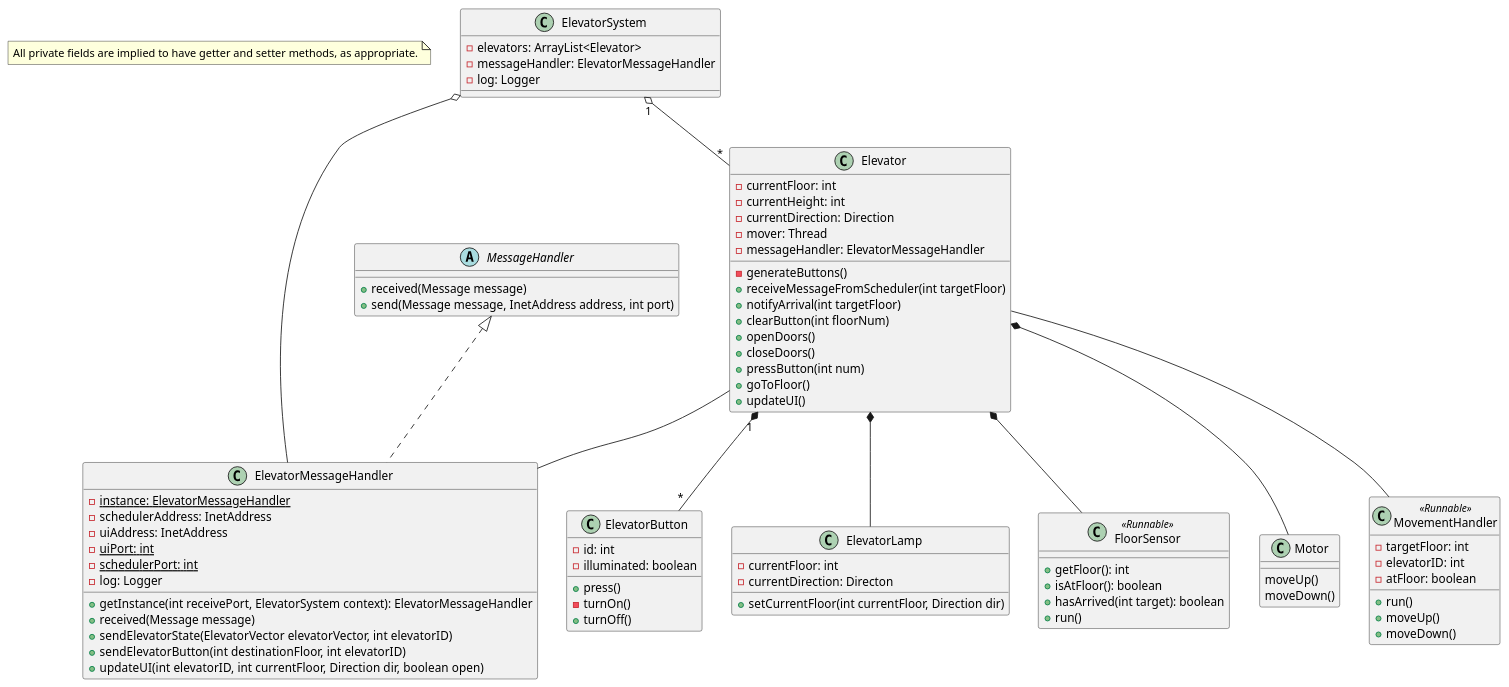
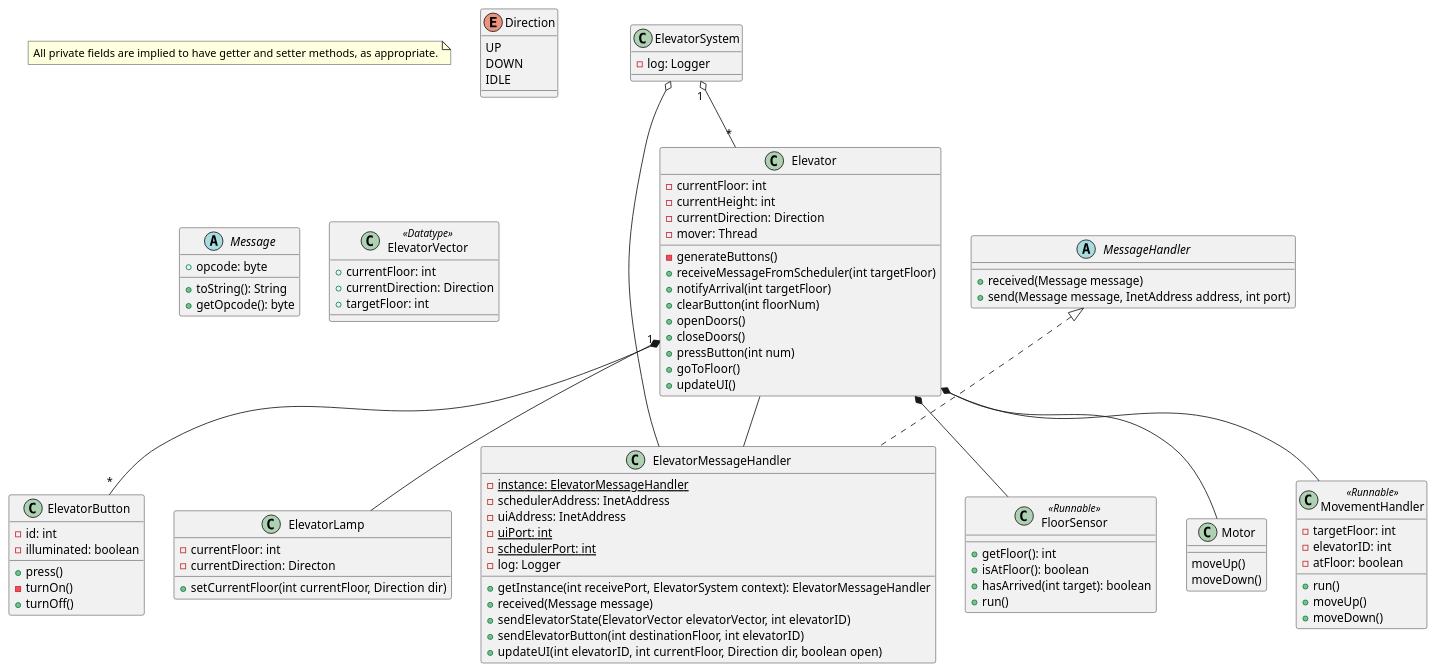
Before and after one commit to JoshuaSFryer/3303-L4G5: the diagram in doc/diagrams/ClassDiagrams/ElevatorClassDiagram.puml, drawn with PlantUML. The commit also changed 9 other files, not shown here.

Commit message:
Create class diagram for communications protocol

```diff
--- a/doc/diagrams/ClassDiagrams/ElevatorClassDiagram.puml
+++ b/doc/diagrams/ClassDiagrams/ElevatorClassDiagram.puml
@@ -1,99 +1,115 @@
 @startuml
 
 note "All private fields are implied to have getter and setter methods, as appropriate." as N1
 
 class ElevatorSystem {
-    -elevators: ArrayList<Elevator>
-    -messageHandler: ElevatorMessageHandler
     -log: Logger
+}
+
+enum Direction {
+    UP
+    DOWN
+    IDLE
+}
+
+abstract class Message {
+    +opcode: byte
+
+    +toString(): String
+    +getOpcode(): byte
+}
+
+class ElevatorVector <<Datatype>> {
+    +currentFloor: int
+    +currentDirection: Direction
+    +targetFloor: int
 }
 
 class Elevator {
     -currentFloor: int
     -currentHeight: int
     -currentDirection: Direction
     -mover: Thread
-    -messageHandler: ElevatorMessageHandler
 
     -generateButtons()
     +receiveMessageFromScheduler(int targetFloor)
     +notifyArrival(int targetFloor)
     +clearButton(int floorNum)
     +openDoors()
     +closeDoors()
     +pressButton(int num)
     +goToFloor()
     +updateUI()
 }
 
 class ElevatorButton {
     -id: int
     -illuminated: boolean
 
     +press()
     -turnOn()
     +turnOff()
 }
 
 class ElevatorLamp {
     -currentFloor: int
     -currentDirection: Directon
 
     +setCurrentFloor(int currentFloor, Direction dir)
 }
 
 class ElevatorMessageHandler {
     -{static} instance: ElevatorMessageHandler
     -schedulerAddress: InetAddress
     -uiAddress: InetAddress
     -{static} uiPort: int
     -{static} schedulerPort: int
     -log: Logger
 
     +getInstance(int receivePort, ElevatorSystem context): ElevatorMessageHandler
     +received(Message message)
     +sendElevatorState(ElevatorVector elevatorVector, int elevatorID)
     +sendElevatorButton(int destinationFloor, int elevatorID)
     +updateUI(int elevatorID, int currentFloor, Direction dir, boolean open)
 }
 
 abstract class MessageHandler {
     +received(Message message)
     +send(Message message, InetAddress address, int port)
 }
 
 class FloorSensor <<Runnable>> {
     +getFloor(): int
     +isAtFloor(): boolean
     +hasArrived(int target): boolean
     +run()
 }
 
 class Motor {
     moveUp()
     moveDown()
 }
 
 class MovementHandler <<Runnable>> {
     -targetFloor: int
     -elevatorID: int
     -atFloor: boolean
 
     +run()
     +moveUp()
     +moveDown()
 }
 
 Elevator *-- Motor
 Elevator *-- FloorSensor
 Elevator "1" *-- "*" ElevatorButton
 Elevator *-- ElevatorLamp
 Elevator -- ElevatorMessageHandler
 Elevator -- MovementHandler
 
 ElevatorSystem "1" o--"*" Elevator
 ElevatorSystem o-- ElevatorMessageHandler
 
 MessageHandler <|.. ElevatorMessageHandler
 
 @enduml
```
